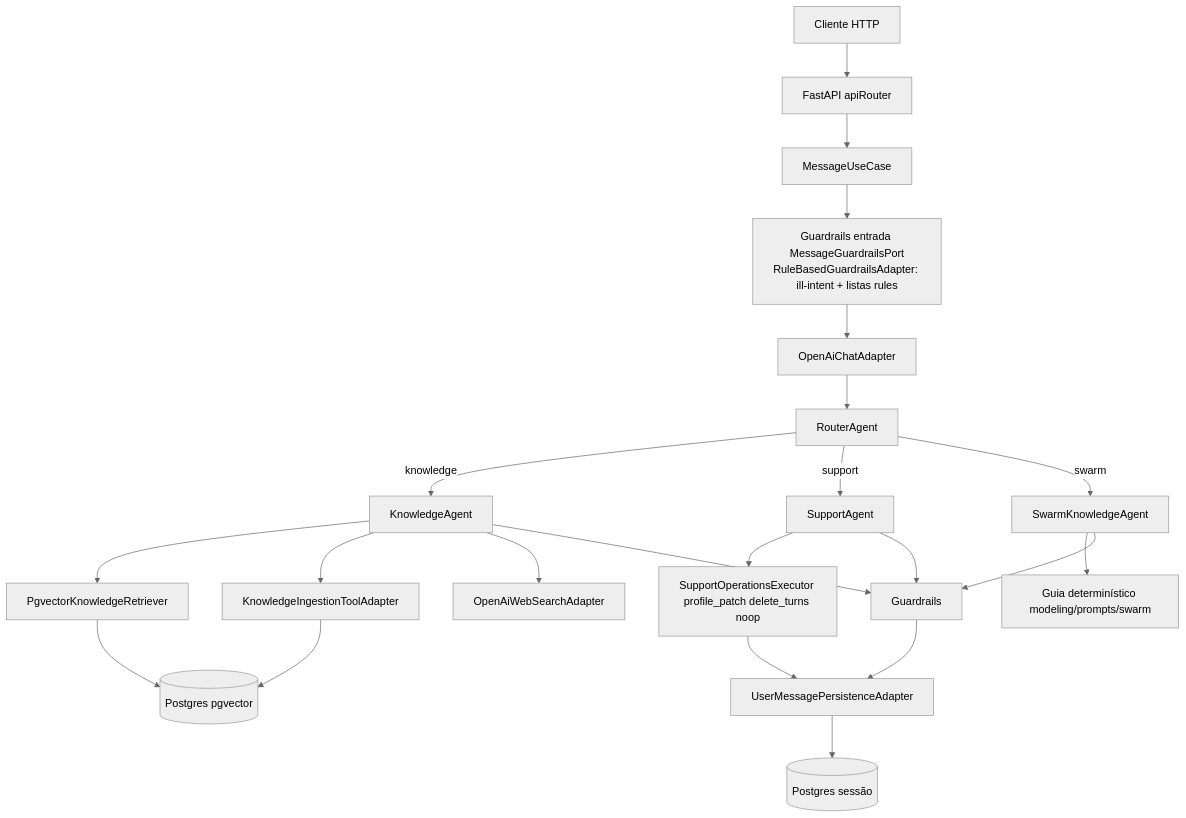
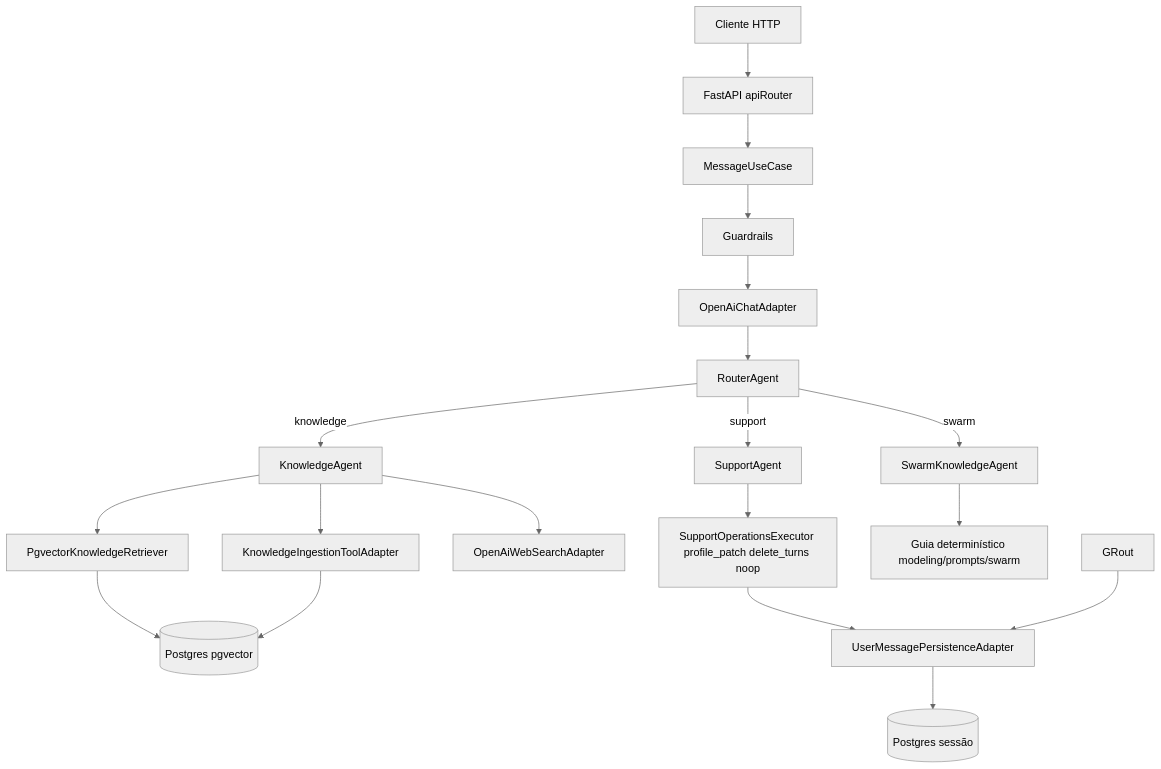
One commit to P-ASilva/Agent-Swarm-Backend changed the diagram in README.md. Above: the diagram before and after it, drawn with Mermaid (neutral theme).

Commit message:
Update flowchart to simplify Guardrails representation
Simplify the representation of Guardrails in the flowchart.

````diff
--- a/README.md
+++ b/README.md
@@ -7,33 +7,29 @@
 ```mermaid
 flowchart TD
   Client[Cliente HTTP] --> API[FastAPI apiRouter]
   API --> UC[MessageUseCase]
 
-  UC --> GRin["Guardrails entrada MessageGuardrailsPort<br/>RuleBasedGuardrailsAdapter: ill-intent + listas rules"]
+  UC --> GRin["Guardrails"]
   GRin --> O[OpenAiChatAdapter]
   O --> R[RouterAgent]
   R -->|knowledge| K[KnowledgeAgent]
   R -->|support| S[SupportAgent]
   R -->|swarm| SW[SwarmKnowledgeAgent]
 
   K --> RET[PgvectorKnowledgeRetriever]
   K --> ING[KnowledgeIngestionToolAdapter]
   K --> WEB[OpenAiWebSearchAdapter]
 
   S --> EX["SupportOperationsExecutor profile_patch delete_turns noop"]
 
   SW --> SWP["Guia determinístico modeling/prompts/swarm"]
 
   RET --> RAG[(Postgres pgvector)]
   ING --> RAG
 
   EX --> PERM[UserMessagePersistenceAdapter]
 
-  K --> GRout["Guardrails"]
-  S --> GRout
-  SW --> GRout
-
   GRout --> PERM
 
   PERM --> SESS[(Postgres sessão)]
 ```
````
